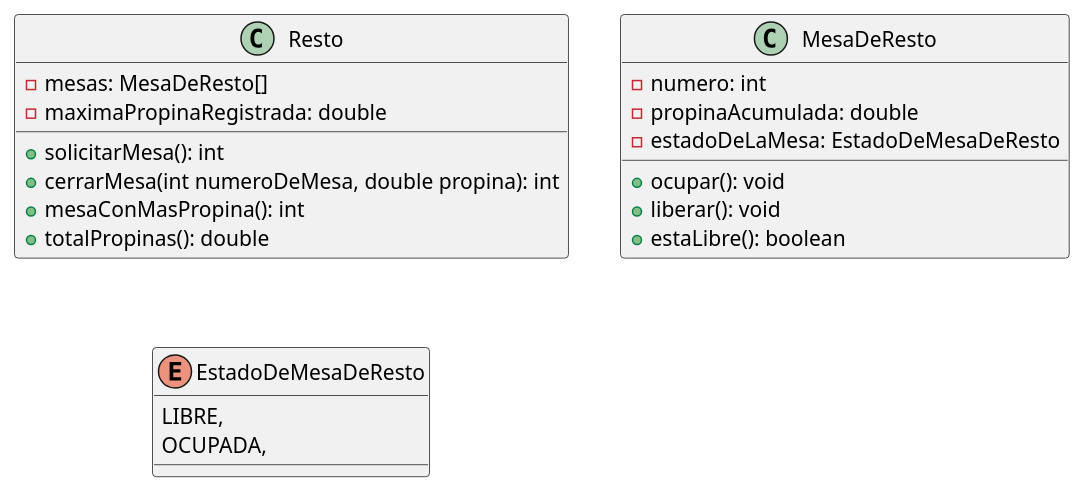
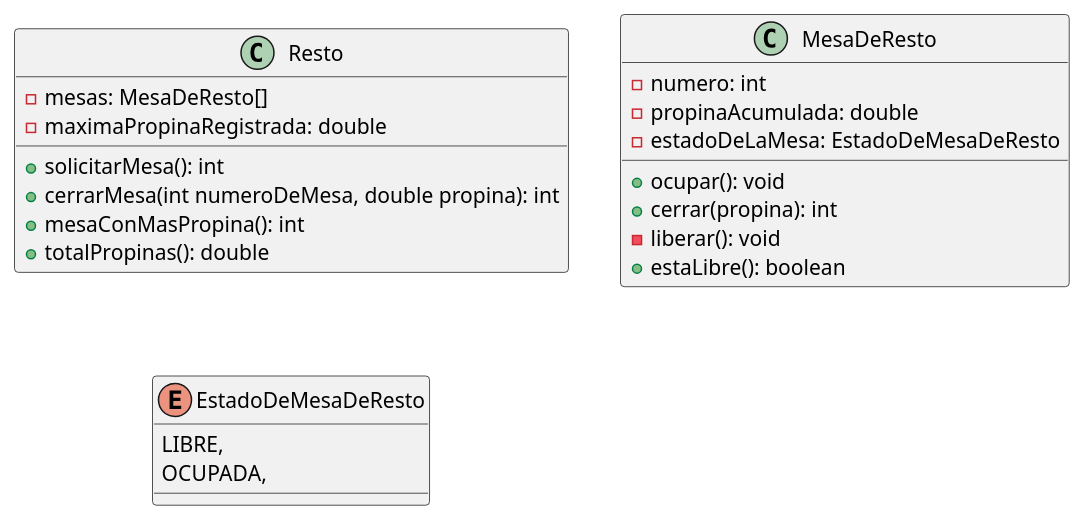
Before and after one commit to pDiosquez467/Algoritmos-Schmidt: the diagram in fi.uba.ar.cb100/src/examenes/parciales/resto/resto.puml, drawn with PlantUML. The commit also changed 2 other files, not shown here.

```diff
--- a/fi.uba.ar.cb100/src/examenes/parciales/resto/resto.puml
+++ b/fi.uba.ar.cb100/src/examenes/parciales/resto/resto.puml
@@ -1,24 +1,25 @@
 @startuml
 class Resto {
 -mesas: MesaDeResto[]
 -maximaPropinaRegistrada: double
 +solicitarMesa(): int
 +cerrarMesa(int numeroDeMesa, double propina): int
 +mesaConMasPropina(): int
 +totalPropinas(): double
 }
 
 class MesaDeResto {
 -numero: int
 -propinaAcumulada: double
 -estadoDeLaMesa: EstadoDeMesaDeResto
 +ocupar(): void
-+liberar(): void
++cerrar(propina): int
+-liberar(): void
 +estaLibre(): boolean
 }
 
 enum EstadoDeMesaDeResto {
 LIBRE,
 OCUPADA,
 }
 @enduml
```
